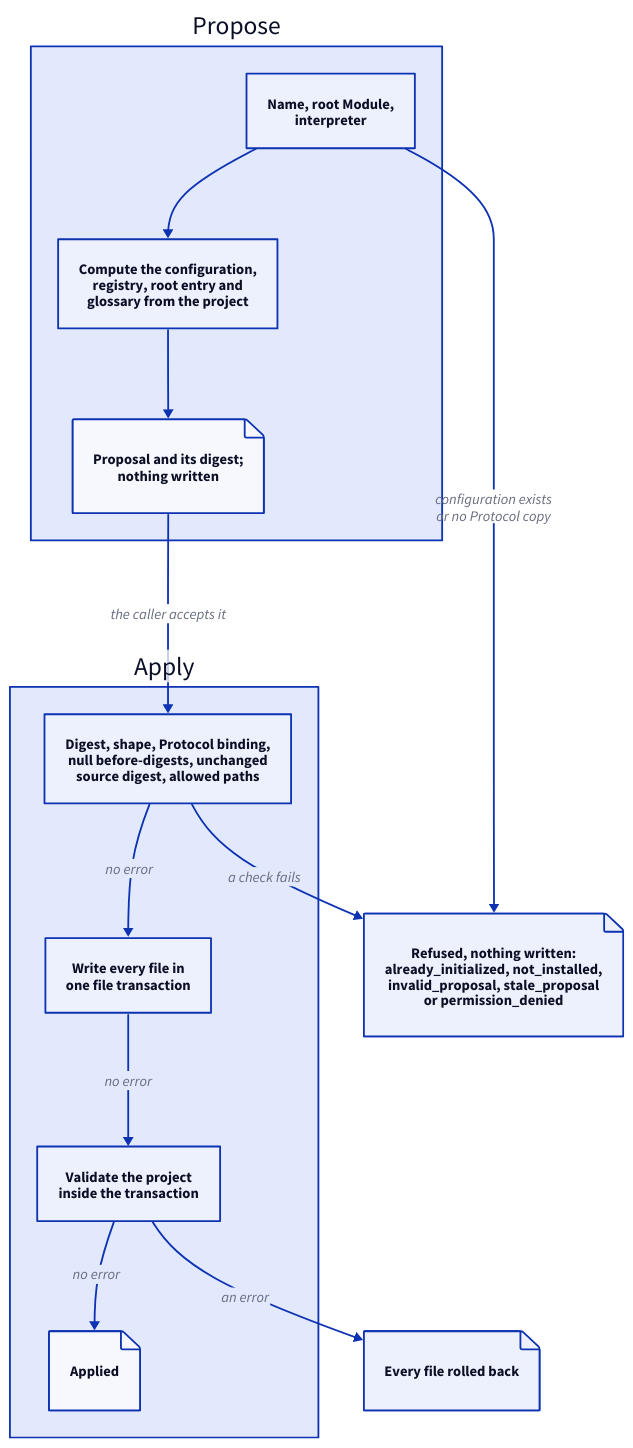
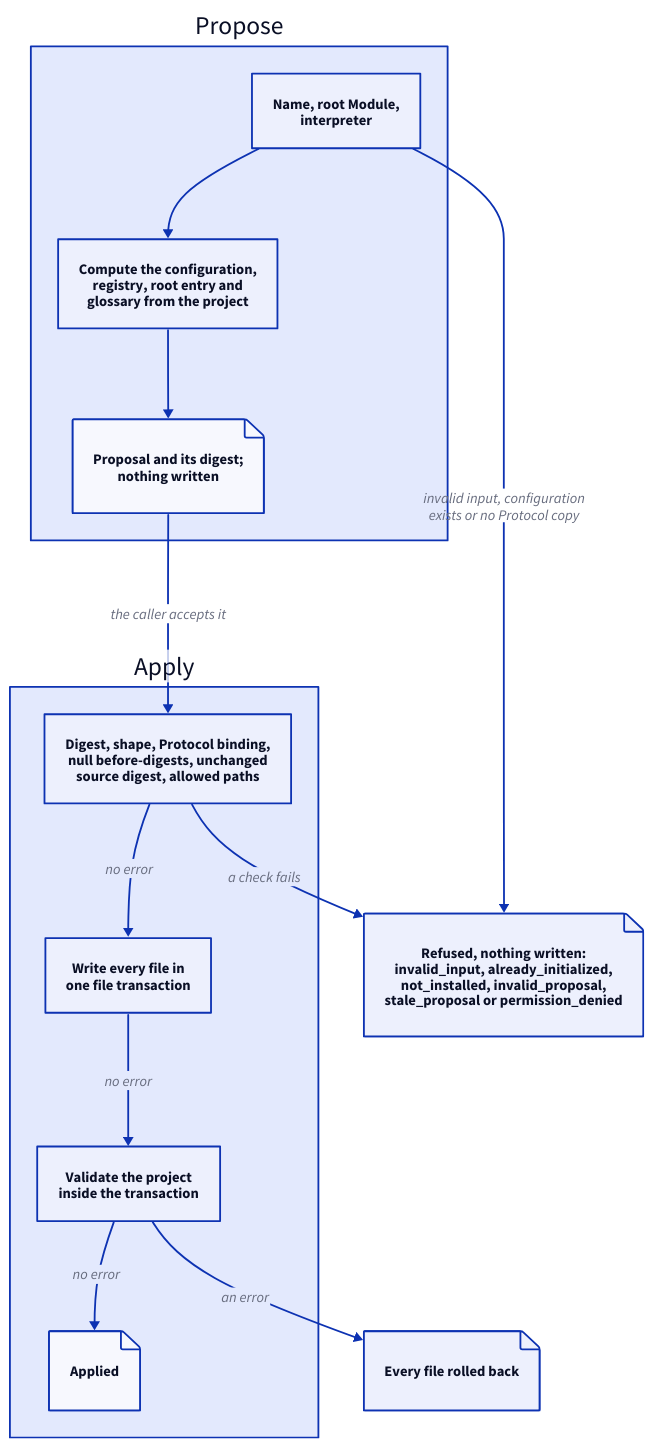
One commit to FTOD/concorde changed the fourth of 4 diagrams in specs/concorde/spec-tooling/spec/module.md. Above: the diagram before and after it, drawn with D2. The commit also changed other lines of this file and 1 other file, not shown here.

````diff
--- a/specs/concorde/spec-tooling/spec/module.md
+++ b/specs/concorde/spec-tooling/spec/module.md
@@ -354,23 +358,23 @@
 ```d2 illustrative
 direction: down
 propose: Propose {
   ask: "Name, root Module,\ninterpreter"
   compute: "Compute the configuration,\nregistry, root entry and\nglossary from the project"
   proposal: "Proposal and its digest;\nnothing written" {shape: page}
   ask -> compute -> proposal
 }
 apply: Apply {
   checks: "Digest, shape, Protocol binding,\nnull before-digests, unchanged\nsource digest, allowed paths"
   write: "Write every file in\none file transaction"
   validate: "Validate the project\ninside the transaction"
   applied: "Applied" {shape: page}
   checks -> write -> validate -> applied: no error
 }
-refused: "Refused, nothing written:\nalready_initialized, not_installed,\ninvalid_proposal, stale_proposal\nor permission_denied" {shape: page}
+refused: "Refused, nothing written:\ninvalid_input, already_initialized,\nnot_installed, invalid_proposal,\nstale_proposal or permission_denied" {shape: page}
 rolled: "Every file rolled back" {shape: page}
 
 propose.proposal -> apply.checks: the caller accepts it
-propose.ask -> refused: configuration exists\nor no Protocol copy
+propose.ask -> refused: invalid input, configuration\nexists or no Protocol copy
 apply.checks -> refused: a check fails
 apply.validate -> rolled: an error
 ```
````
